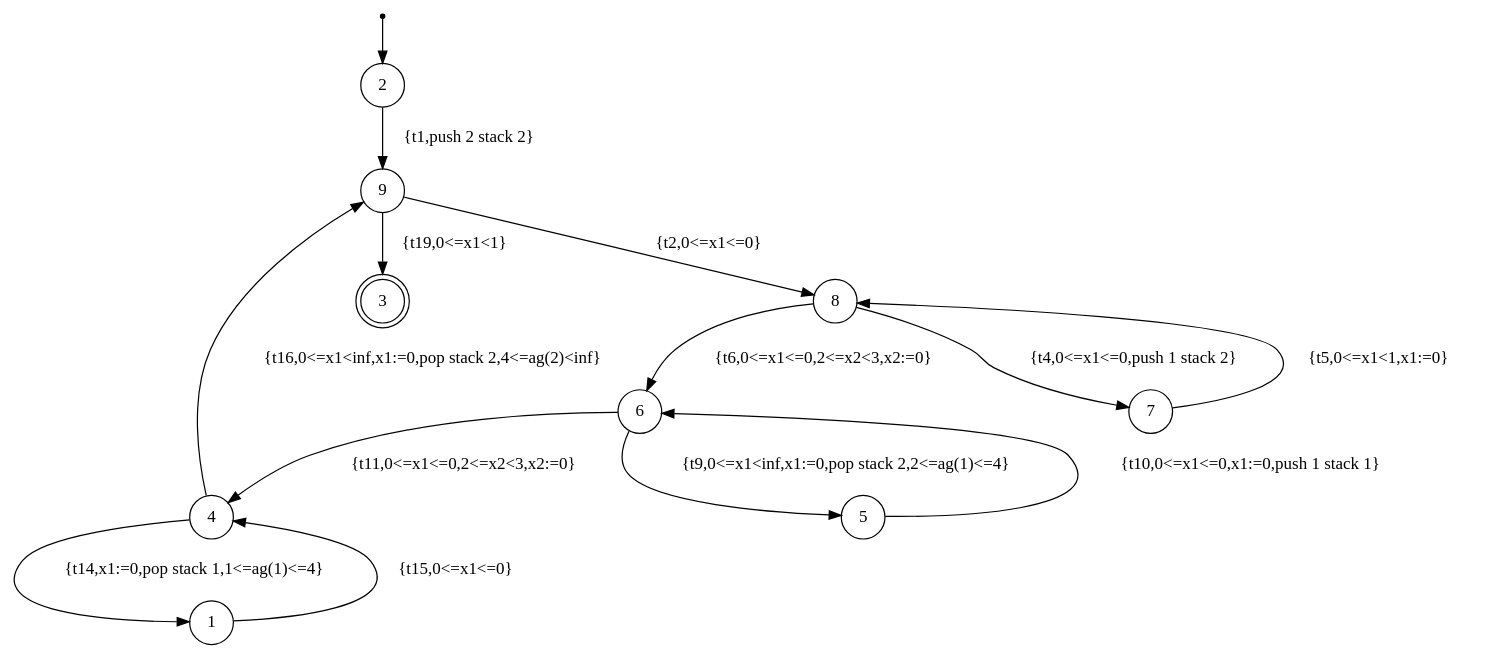
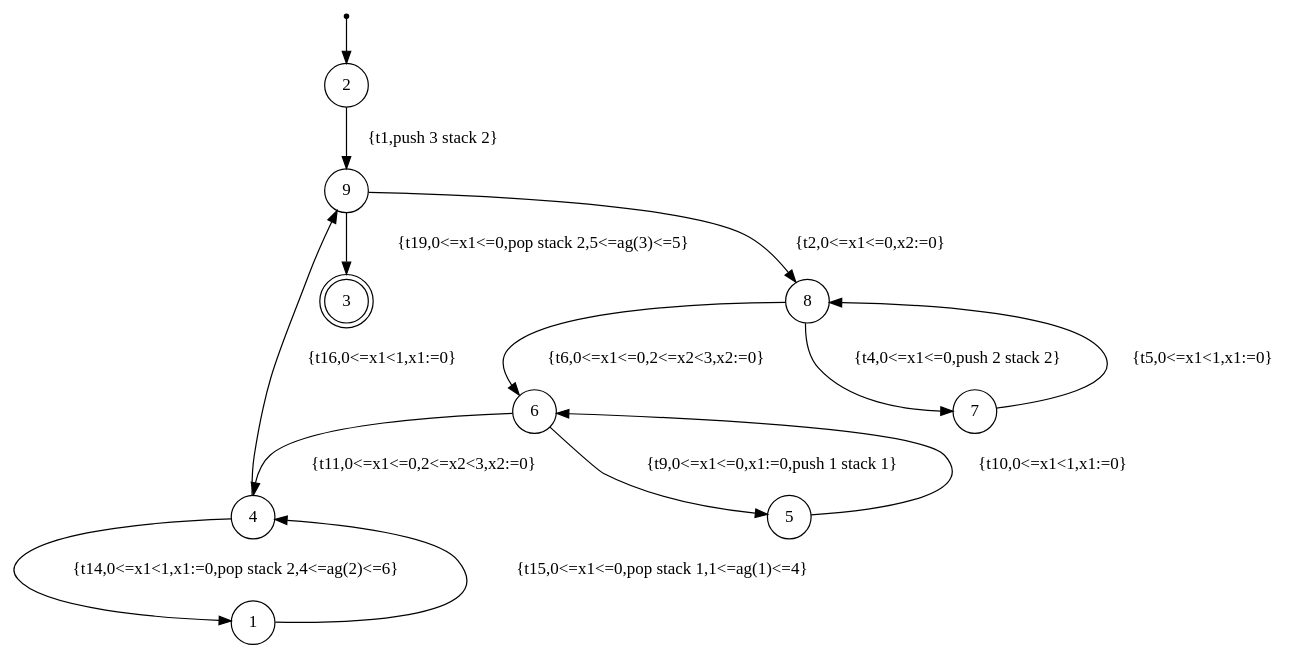
The diagram in Benchmarks in Paper/Timed/Maze/Maze.xml.dot (Sparsa/bhim), drawn with Graphviz before and after one commit. The commit also changed 18 other files, not shown here.

```diff
--- a/Benchmarks in Paper/Timed/Maze/Maze.xml.dot
+++ b/Benchmarks in Paper/Timed/Maze/Maze.xml.dot
@@ -1,18 +1,18 @@
 digraph finite_state_machine {
 	node [shape = point ]; qi0;
 	node [shape = doublecircle];3;
 	node [shape=circle];
 	qi0 -> 2;
-	1 -> 4 [ label = "{t15,0<=x1<=0}" ];
-	4 -> 1 [ label = "{t14,x1:=0,pop stack 1,1<=ag(1)<=4}" ];
-	2 -> 9 [ label = "{t1,push 2 stack 2}" ];
-	9 -> 3 [ label = "{t19,0<=x1<1}" ];
-	4 -> 9 [ label = "{t16,0<=x1<inf,x1:=0,pop stack 2,4<=ag(2)<inf}" ];
+	1 -> 4 [ label = "{t15,0<=x1<=0,pop stack 1,1<=ag(1)<=4}" ];
+	4 -> 1 [ label = "{t14,0<=x1<1,x1:=0,pop stack 2,4<=ag(2)<=6}" ];
+	2 -> 9 [ label = "{t1,push 3 stack 2}" ];
+	9 -> 3 [ label = "{t19,0<=x1<=0,pop stack 2,5<=ag(3)<=5}" ];
+	4 -> 9 [ label = "{t16,0<=x1<1,x1:=0}" ];
 	8 -> 6 [ label = "{t6,0<=x1<=0,2<=x2<3,x2:=0}" ];
 	6 -> 4 [ label = "{t11,0<=x1<=0,2<=x2<3,x2:=0}" ];
-	5 -> 6 [ label = "{t10,0<=x1<=0,x1:=0,push 1 stack 1}" ];
-	6 -> 5 [ label = "{t9,0<=x1<inf,x1:=0,pop stack 2,2<=ag(1)<=4}" ];
+	5 -> 6 [ label = "{t10,0<=x1<1,x1:=0}" ];
+	6 -> 5 [ label = "{t9,0<=x1<=0,x1:=0,push 1 stack 1}" ];
 	7 -> 8 [ label = "{t5,0<=x1<1,x1:=0}" ];
-	8 -> 7 [ label = "{t4,0<=x1<=0,push 1 stack 2}" ];
-	9 -> 8 [ label = "{t2,0<=x1<=0}" ];
+	8 -> 7 [ label = "{t4,0<=x1<=0,push 2 stack 2}" ];
+	9 -> 8 [ label = "{t2,0<=x1<=0,x2:=0}" ];
 }
```
